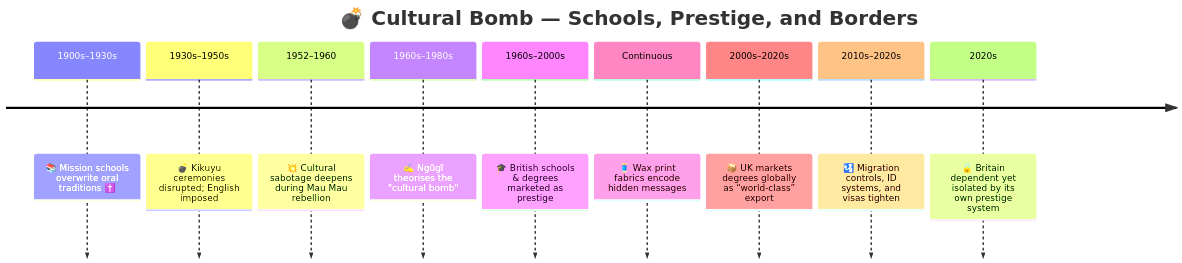
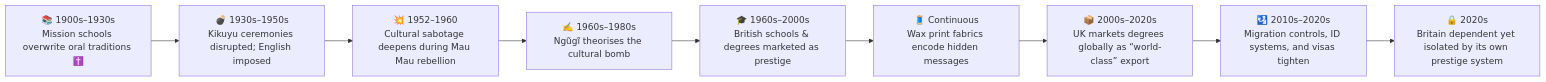
The diagram in Disruption_Kit/Big_Picture_Protocols/🗝️_Politics_Memory_Work/💣_the_cultural_bomb.md (josefsbreakfast/Polaris-Protocol), drawn with Mermaid before and after one commit.

````diff
--- a/Disruption_Kit/Big_Picture_Protocols/🗝️_Politics_Memory_Work/💣_the_cultural_bomb.md
+++ b/Disruption_Kit/Big_Picture_Protocols/🗝️_Politics_Memory_Work/💣_the_cultural_bomb.md
@@ -94,13 +94,12 @@
 ```mermaid
-timeline
-    title 💣 Cultural Bomb — Schools, Prestige, and Borders
-    1900s–1930s : 📚 Mission schools overwrite oral traditions ✝️
-    1930s–1950s : 💣 Kikuyu ceremonies disrupted; English imposed
-    1952–1960   : 💥 Cultural sabotage deepens during Mau Mau rebellion
-    1960s–1980s : ✍️ Ngũgĩ theorises the "cultural bomb"
-    1960s–2000s : 🎓 British schools & degrees marketed as prestige
-    Continuous  : 🧵 Wax print fabrics encode hidden messages
-    2000s–2020s : 📦 UK markets degrees globally as “world-class” export
-    2010s–2020s : 🛂 Migration controls, ID systems, and visas tighten
-    2020s       : 🔒 Britain dependent yet isolated by its own prestige system
+flowchart LR
+    A[📚 1900s–1930s<br>Mission schools overwrite oral traditions ✝️] --> 
+    B[💣 1930s–1950s<br>Kikuyu ceremonies disrupted; English imposed] --> 
+    C[💥 1952–1960<br>Cultural sabotage deepens during Mau Mau rebellion] --> 
+    D[✍️ 1960s–1980s<br>Ngũgĩ theorises the cultural bomb] --> 
+    E[🎓 1960s–2000s<br>British schools & degrees marketed as prestige] --> 
+    F[🧵 Continuous<br>Wax print fabrics encode hidden messages] --> 
+    G[📦 2000s–2020s<br>UK markets degrees globally as “world-class” export] --> 
+    H[🛂 2010s–2020s<br>Migration controls, ID systems, and visas tighten] --> 
+    I[🔒 2020s<br>Britain dependent yet isolated by its own prestige system]
 ```
````
